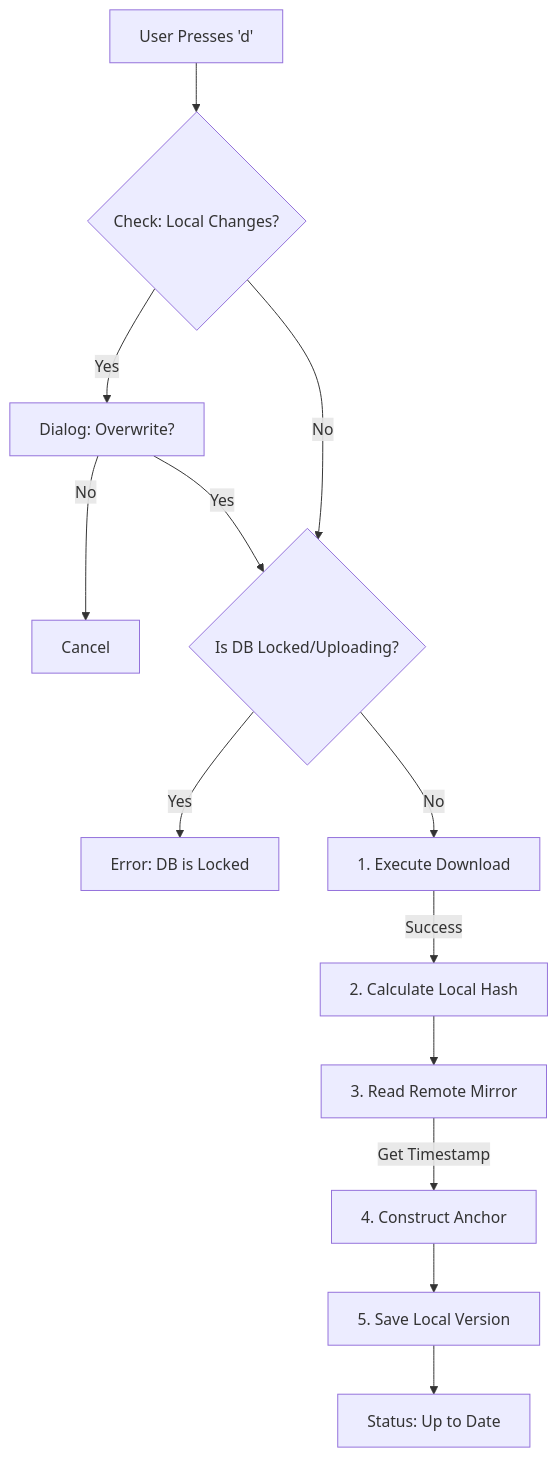
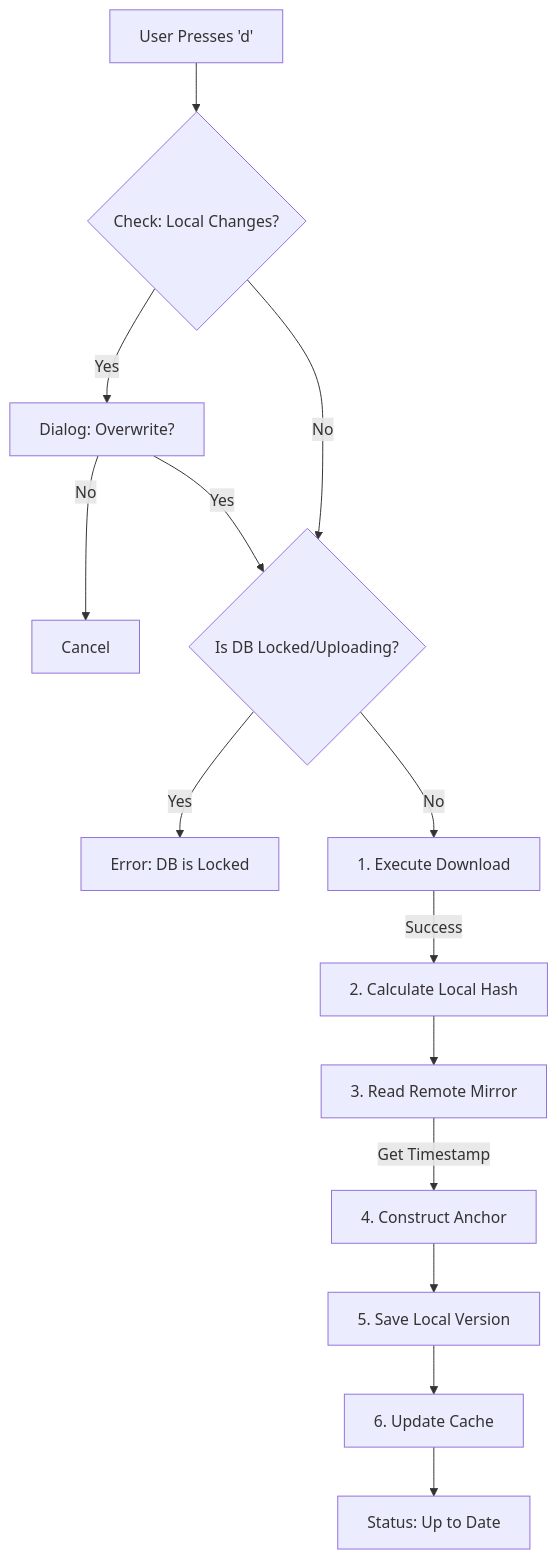
The diagram in b2-manager/docs/workflow/download.md (HexmosTech/FreeDevTools), drawn with Mermaid before and after one commit. The commit also changed other lines of this file and 8 other files, not shown here.

````diff
--- a/b2-manager/docs/workflow/download.md
+++ b/b2-manager/docs/workflow/download.md
@@ -39,18 +41,19 @@
 ```mermaid
 graph TD
     Start[User Presses 'd'] --> Validate{Check: Local Changes?}
     Validate -- Yes --> Confirm[Dialog: Overwrite?]
     Confirm -- No --> Abort[Cancel]
 
     Confirm -- Yes --> LockCheck{Is DB Locked/Uploading?}
     Validate -- No --> LockCheck
 
     LockCheck -- Yes --> Error[Error: DB is Locked]
     LockCheck -- No --> Download[1. Execute Download]
 
     Download -- Success --> CalcHash[2. Calculate Local Hash]
     CalcHash --> ReadMirror[3. Read Remote Mirror]
     ReadMirror -- Get Timestamp --> Construct[4. Construct Anchor]
     Construct --> Save[5. Save Local Version]
-    Save --> Done[Status: Up to Date]
+    Save --> Cache[6. Update Cache]
+    Cache --> Done[Status: Up to Date]
 ```
````
